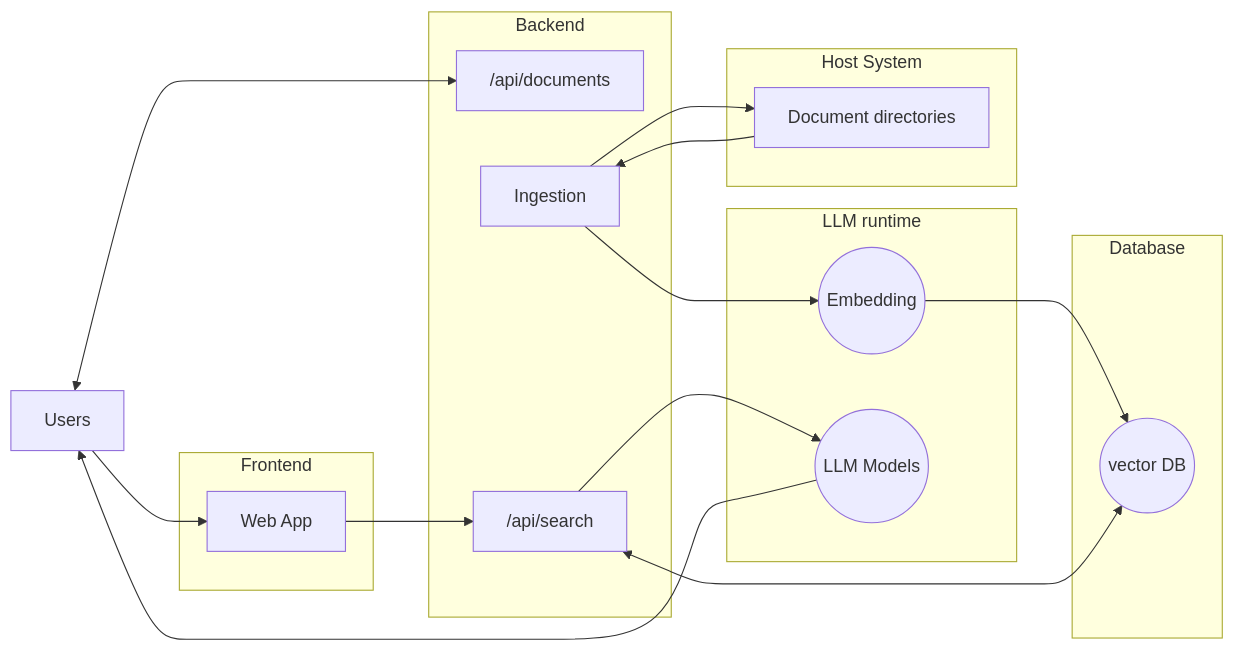
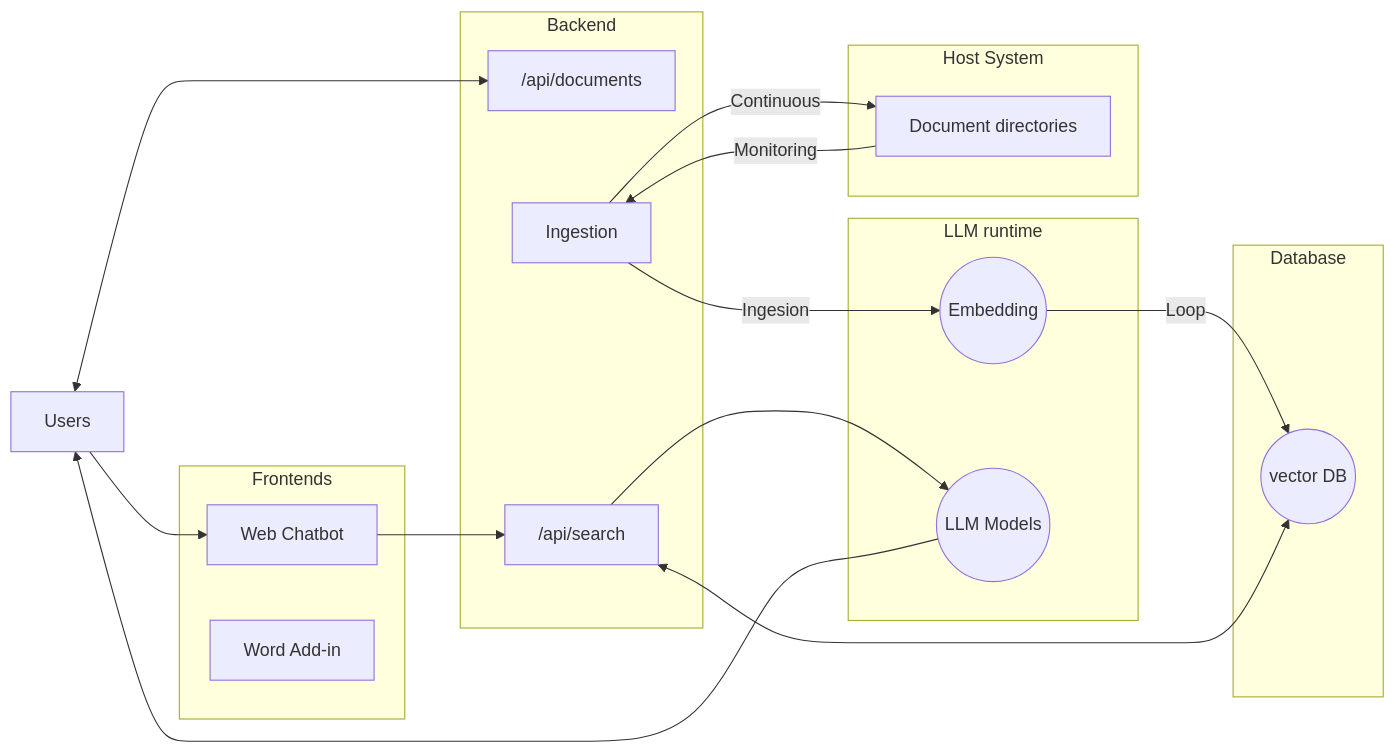
The diagram in DOCS/README.md (beezy-dev/abacc-rag), drawn with Mermaid before and after one commit.

````diff
--- a/DOCS/README.md
+++ b/DOCS/README.md
@@ -47,35 +47,36 @@
 ```mermaid
 flowchart LR
     A[Users]
 
-    subgraph Frontend
-        B[Web App]
+    subgraph Frontends
+        B[Web Chatbot]
+        J[Word Add-in]
     end
 
     subgraph Backend
         H["/api/documents"]
         C[Ingestion]
         E["/api/search"]
     end
 
     subgraph Database 
         D((vector DB))
     end
 
     subgraph LLM runtime
         F((Embedding))
         G((LLM Models))
     end
 
     subgraph Host System
         I[Document directories]
     end
 
     %% Document processing
-    C --> I --> C
-    C --> F --> D
+    C -- "Continuous" --> I -- "Monitoring" --> C
+    C -- "Ingesion" --> F -- "Loop" --> D
     %% Prompting
     A <--> H
     A --> B --> E <--> D
     E --> G --> A
 ```
````
